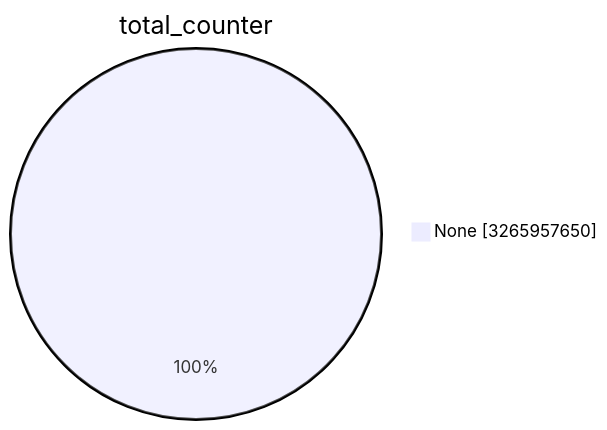
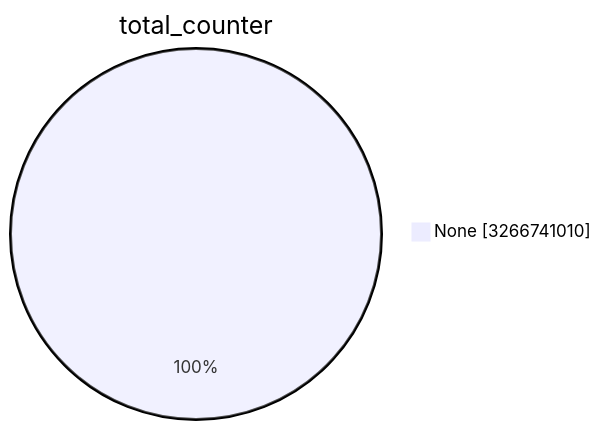
The first of 15 diagrams in TOTAL/README.md (christiankrug/ctmonitor_visualization), drawn with Mermaid before and after one commit. The commit also changed other lines of this file, not shown here.

````diff
--- a/TOTAL/README.md
+++ b/TOTAL/README.md
@@ -1,5 +1,5 @@
 ```mermaid
 pie showData
 title total_counter
-"None" :3265957650
+"None" :3266741010
 ```
````
